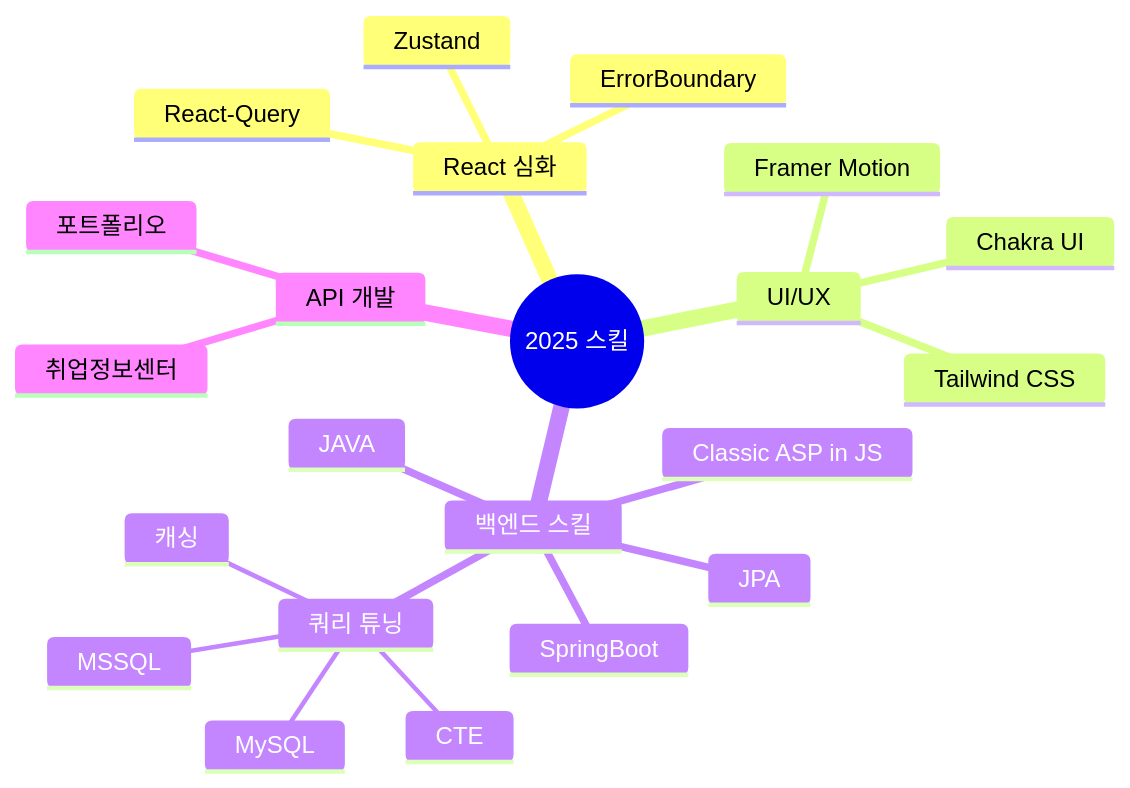
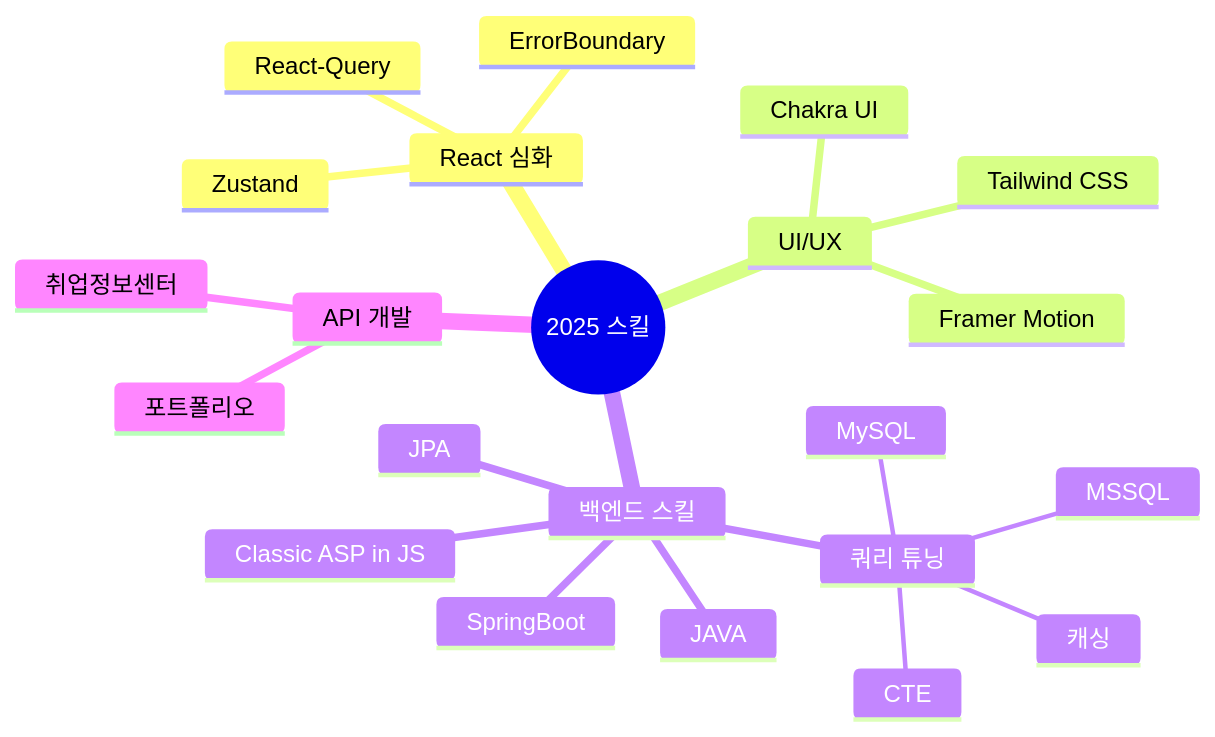
The diagram in README.md (SnowsFE/SnowsFE), drawn with Mermaid before and after one commit. The commit also changed other lines of this file, not shown here.

````diff
--- a/README.md
+++ b/README.md
@@ -145,25 +145,25 @@
 ```mermaid
 mindmap
   root((2025 스킬))
     React 심화
       Zustand
       React-Query
       ErrorBoundary
     UI/UX
       Chakra UI
       Tailwind CSS
       Framer Motion
     백엔드 스킬
       Classic ASP in JS
       JAVA
       SpringBoot
       JPA
       쿼리 튜닝
         MSSQL
         MySQL
         CTE
         캐싱
     API 개발
+      포트폴리오
       취업정보센터
-      포트폴리오
 ```
````
